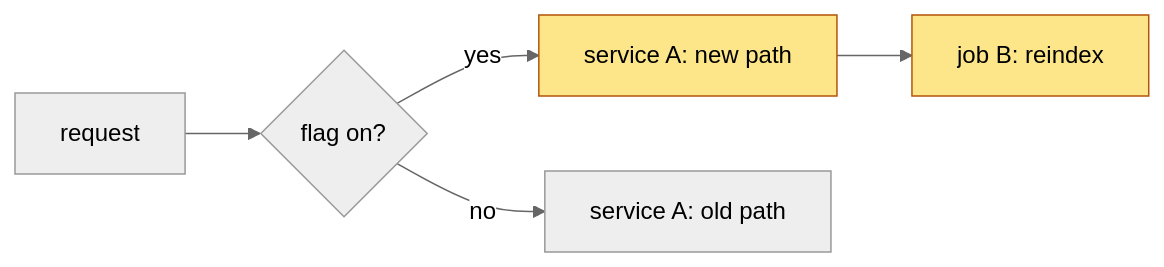
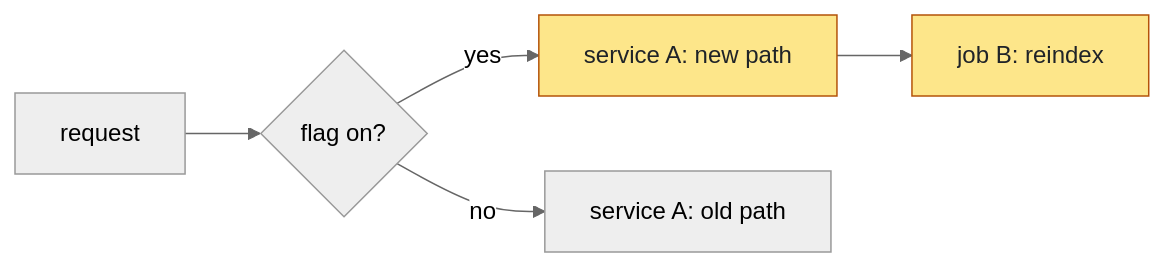
The diagram in home/.claude/skills/pr-description/SKILL.md (DevonFulcher/dotfiles), drawn with Mermaid (neutral theme) before and after one commit. The commit also changed other lines of this file and 2 other files, not shown here.

````diff
--- a/home/.claude/skills/pr-description/SKILL.md
+++ b/home/.claude/skills/pr-description/SKILL.md
@@ -126,9 +171,9 @@
 ```mermaid
 flowchart LR
   req["request"] --> gate{"flag on?"}
   gate -->|yes| a["service A: new path"]
   gate -->|no| b["service A: old path"]
   a --> jobB["job B: reindex"]
-  classDef changed fill:#fde68a,stroke:#b45309
+  classDef changed fill:#fde68a,stroke:#b45309,color:#1f2328
   class a,jobB changed
 ```
````
